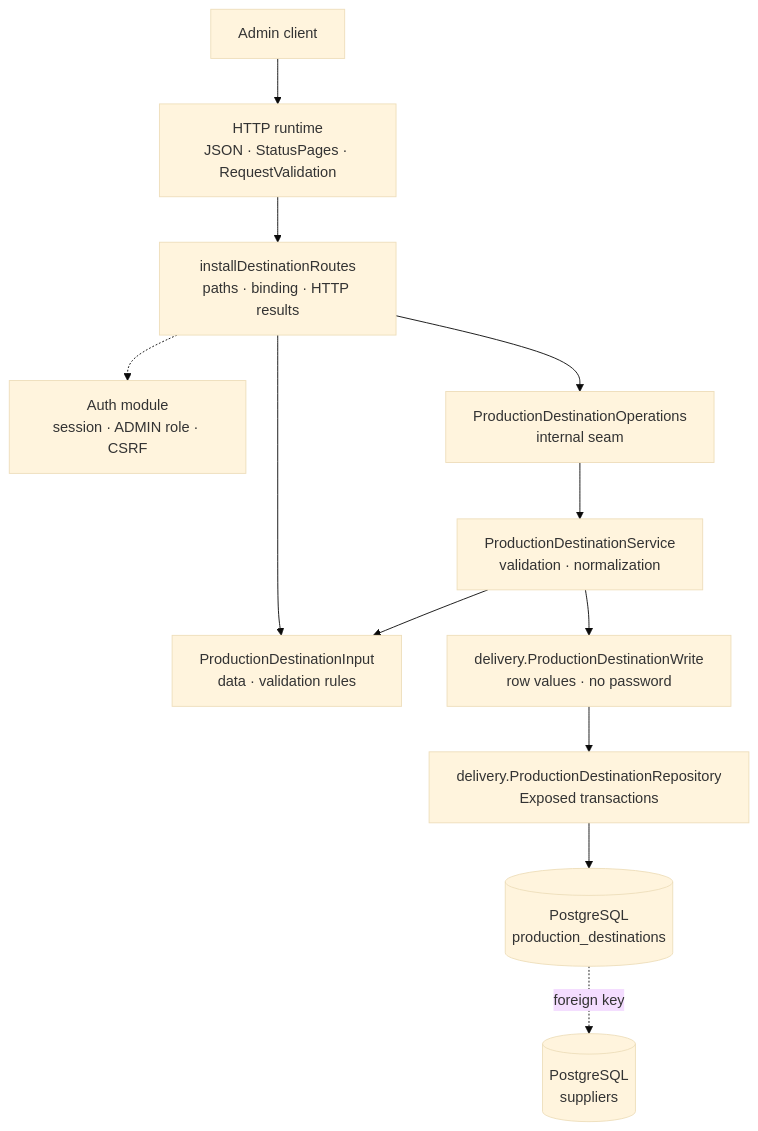
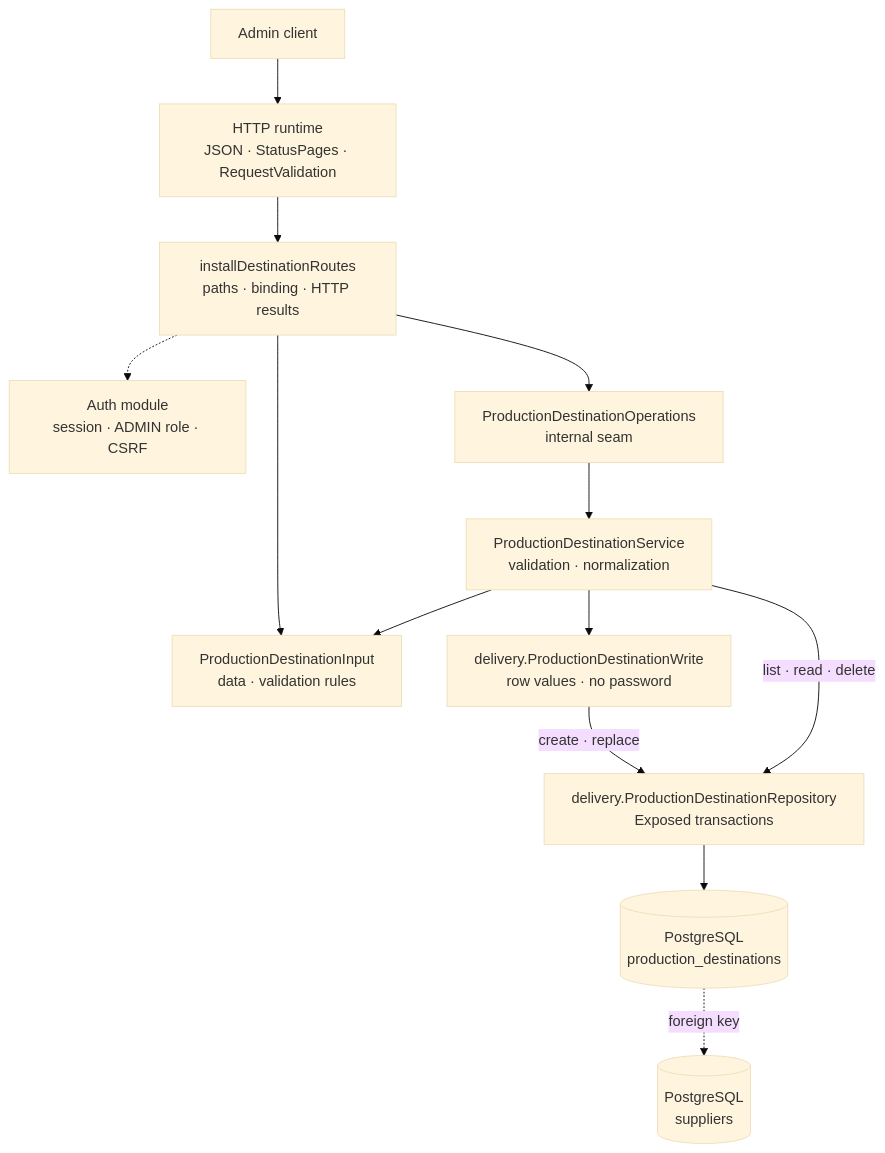
One commit to bitstorm-tech/voenix-shop-kotlin changed the second of 2 diagrams in docs/dev/backend/production-package.md. Above: the diagram before and after it, drawn with Mermaid (base theme). The commit also changed other lines of this file and 2 other files, not shown here.

First line of the commit message:
Production: phase-3 review fixes (doc accuracy, update() write built outside databaseOperation)

````diff
--- a/docs/dev/backend/production-package.md
+++ b/docs/dev/backend/production-package.md
@@ -158,25 +158,26 @@
 ```mermaid
 flowchart TB
     Client["Admin client"]
     Http["HTTP runtime<br/>JSON · StatusPages · RequestValidation"]
     Auth["Auth module<br/>session · ADMIN role · CSRF"]
     Routes["installDestinationRoutes<br/>paths · binding · HTTP results"]
     Input["ProductionDestinationInput<br/>data · validation rules"]
     Operations["ProductionDestinationOperations<br/>internal seam"]
     Service["ProductionDestinationService<br/>validation · normalization"]
     Write["delivery.ProductionDestinationWrite<br/>row values · no password"]
     Repository["delivery.ProductionDestinationRepository<br/>Exposed transactions"]
     Destinations[("PostgreSQL<br/>production_destinations")]
     Suppliers[("PostgreSQL<br/>suppliers")]
 
     Client --> Http --> Routes
     Routes -.-> Auth
     Routes --> Input
     Routes --> Operations
     Operations --> Service
     Service --> Input
     Service --> Write
-    Write --> Repository
+    Write -->|"create · replace"| Repository
+    Service -->|"list · read · delete"| Repository
     Repository --> Destinations
     Destinations -.->|"foreign key"| Suppliers
 ```
````
